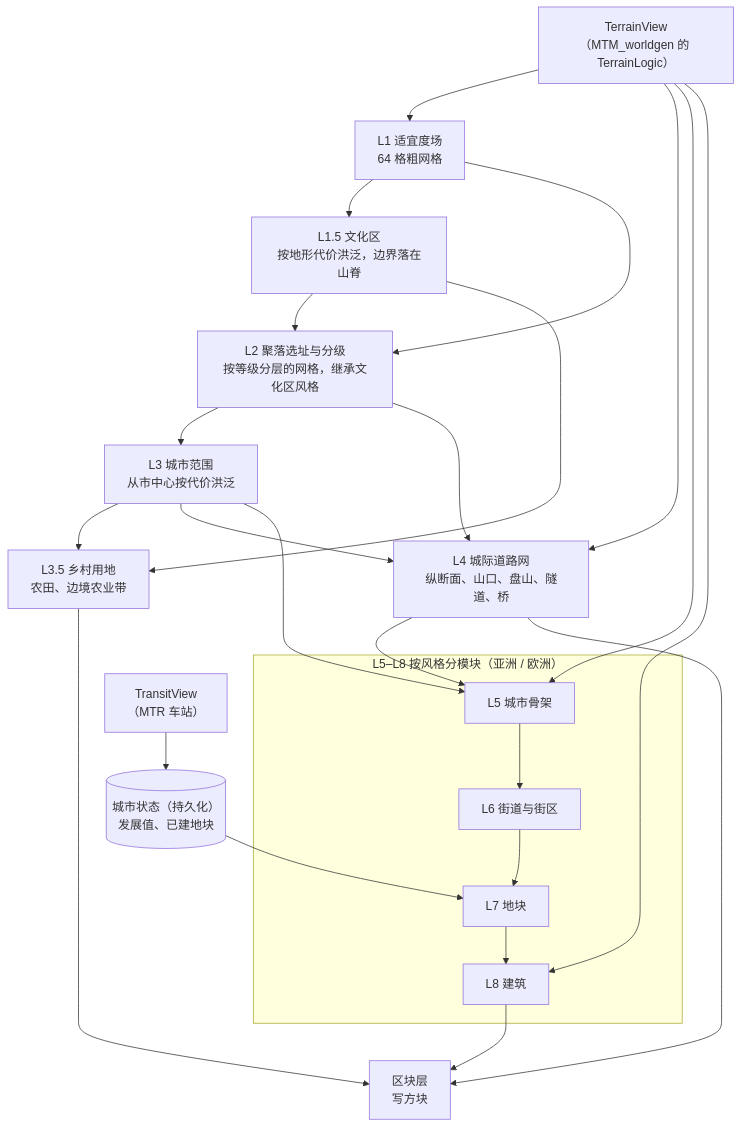
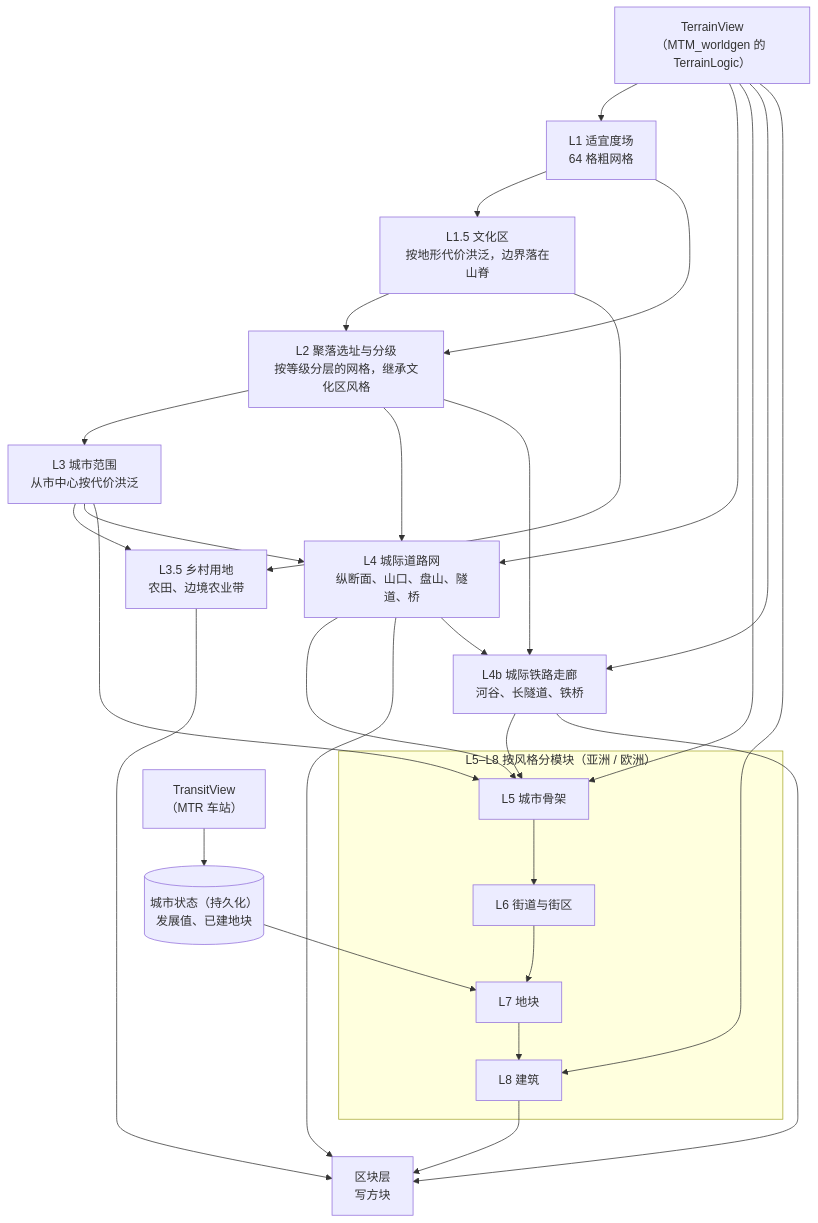
Before and after one commit to MitsuhaQuQ/MC_Metropolis: the diagram in docs/city-logic-design.md, drawn with Mermaid. The commit also changed other lines of this file and 1 other file, not shown here.

````diff
--- a/docs/city-logic-design.md
+++ b/docs/city-logic-design.md
@@ -25,36 +25,42 @@
 ```mermaid
 flowchart TD
     T["TerrainView<br/>（MTM_worldgen 的 TerrainLogic）"]
     S["L1 适宜度场<br/>64 格粗网格"]
     K["L1.5 文化区<br/>按地形代价洪泛，边界落在山脊"]
     P["L2 聚落选址与分级<br/>按等级分层的网格，继承文化区风格"]
     E["L3 城市范围<br/>从市中心按代价洪泛"]
     U["L3.5 乡村用地<br/>农田、边境农业带"]
     R["L4 城际道路网<br/>纵断面、山口、盘山、隧道、桥"]
+    W["L4b 城际铁路走廊<br/>河谷、长隧道、铁桥"]
     subgraph Style["L5–L8 按风格分模块（亚洲 / 欧洲）"]
         F["L5 城市骨架"]
         B["L6 街道与街区"]
         L["L7 地块"]
         A["L8 建筑"]
     end
     C["区块层<br/>写方块"]
     G[("城市状态（持久化）<br/>发展值、已建地块")]
     X["TransitView<br/>（MTR 车站）"]
 
     T --> S --> K --> P --> E
     S --> P
     K --> U
     E --> U
     P --> R
     E --> R
     T --> R
     E --> F
     R --> F
     T --> F
     F --> B --> L --> A --> C
     U --> C
     R --> C
+    P --> W
+    T --> W
+    R --> W
+    W --> F
+    W --> C
     T --> A
     X --> G
     G --> L
 ```
````
